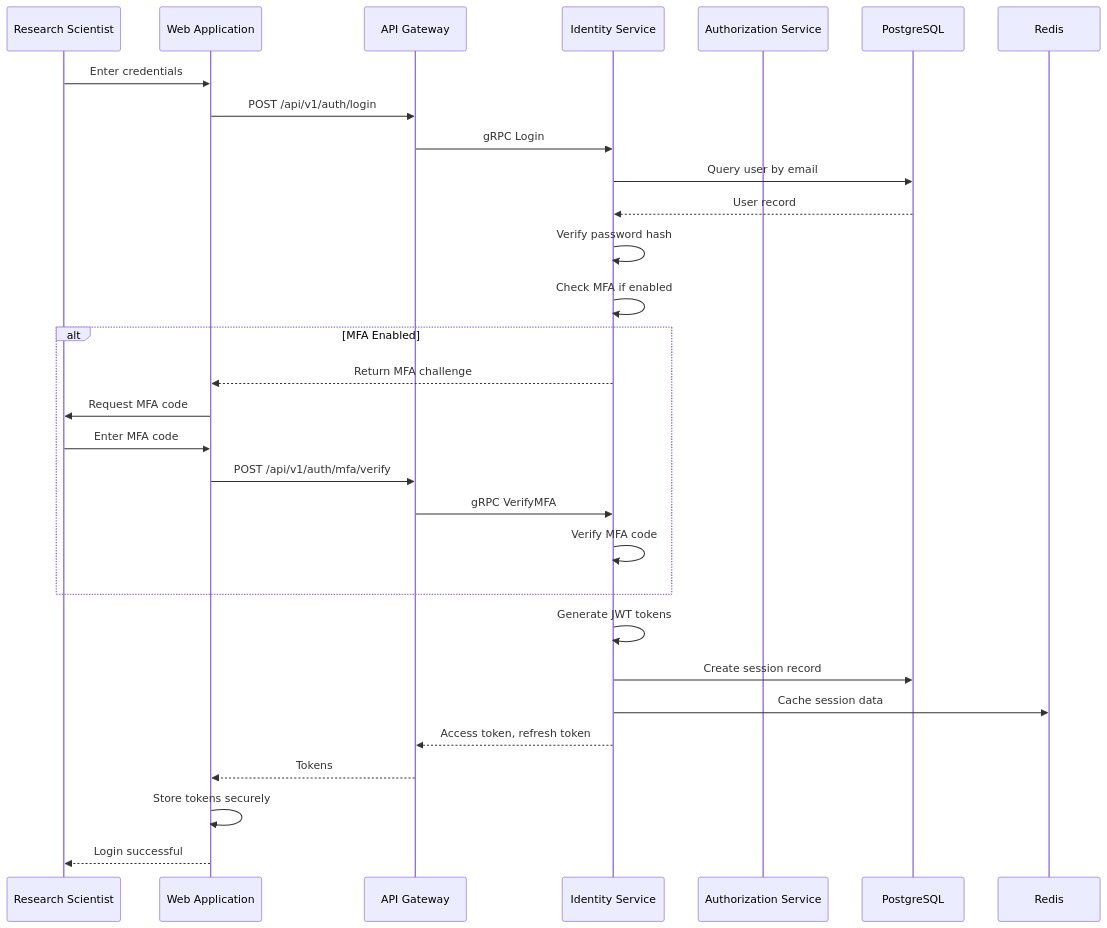
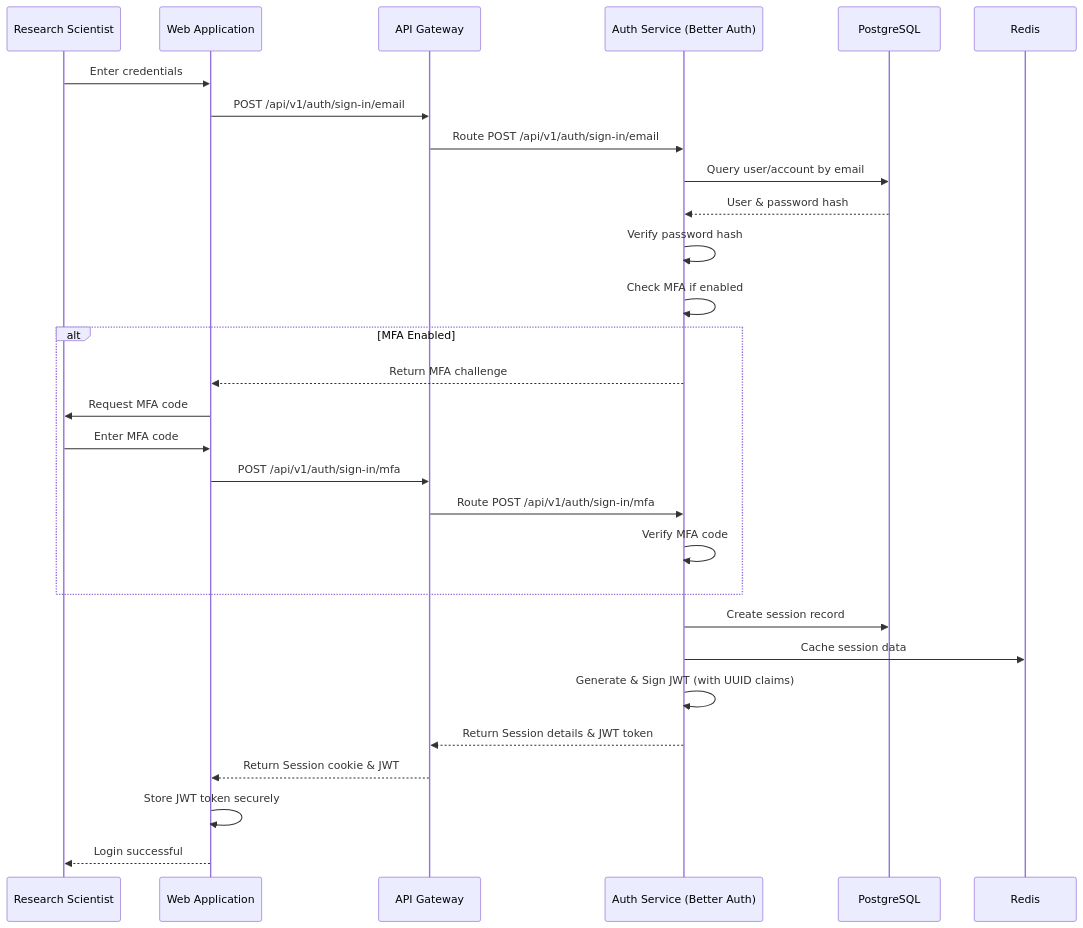
One commit to OpenHealthAgents/AI-RxOS changed the first of 17 diagrams in architecture/10-sequence-diagrams.md. Above: the diagram before and after it, drawn with Mermaid. The commit also changed other lines of this file and 13 other files, not shown here.

Commit message:
docs: Migrate from PGVector to LLM Wiki (OKF/qmd) and integrate Better Auth across requirement documents & deployment diagrams

````diff
--- a/architecture/10-sequence-diagrams.md
+++ b/architecture/10-sequence-diagrams.md
@@ -10,35 +10,34 @@
 ```mermaid
 sequenceDiagram
     participant User as Research Scientist
     participant WebApp as Web Application
     participant APIGateway as API Gateway
-    participant IdentityService as Identity Service
-    participant AuthorizationService as Authorization Service
+    participant AuthService as Auth Service (Better Auth)
     participant PostgreSQL as PostgreSQL
     participant Redis as Redis
     
     User->>WebApp: Enter credentials
-    WebApp->>APIGateway: POST /api/v1/auth/login
-    APIGateway->>IdentityService: gRPC Login
-    IdentityService->>PostgreSQL: Query user by email
-    PostgreSQL-->>IdentityService: User record
-    IdentityService->>IdentityService: Verify password hash
-    IdentityService->>IdentityService: Check MFA if enabled
+    WebApp->>APIGateway: POST /api/v1/auth/sign-in/email
+    APIGateway->>AuthService: Route POST /api/v1/auth/sign-in/email
+    AuthService->>PostgreSQL: Query user/account by email
+    PostgreSQL-->>AuthService: User & password hash
+    AuthService->>AuthService: Verify password hash
+    AuthService->>AuthService: Check MFA if enabled
     
     alt MFA Enabled
-        IdentityService-->>WebApp: Return MFA challenge
+        AuthService-->>WebApp: Return MFA challenge
         WebApp->>User: Request MFA code
         User->>WebApp: Enter MFA code
-        WebApp->>APIGateway: POST /api/v1/auth/mfa/verify
-        APIGateway->>IdentityService: gRPC VerifyMFA
-        IdentityService->>IdentityService: Verify MFA code
+        WebApp->>APIGateway: POST /api/v1/auth/sign-in/mfa
+        APIGateway->>AuthService: Route POST /api/v1/auth/sign-in/mfa
+        AuthService->>AuthService: Verify MFA code
     end
     
-    IdentityService->>IdentityService: Generate JWT tokens
-    IdentityService->>PostgreSQL: Create session record
-    IdentityService->>Redis: Cache session data
-    IdentityService-->>APIGateway: Access token, refresh token
-    APIGateway-->>WebApp: Tokens
-    WebApp->>WebApp: Store tokens securely
+    AuthService->>PostgreSQL: Create session record
+    AuthService->>Redis: Cache session data
+    AuthService->>AuthService: Generate & Sign JWT (with UUID claims)
+    AuthService-->>APIGateway: Return Session details & JWT token
+    APIGateway-->>WebApp: Return Session cookie & JWT
+    WebApp->>WebApp: Store JWT token securely
     WebApp-->>User: Login successful
 ```
````
